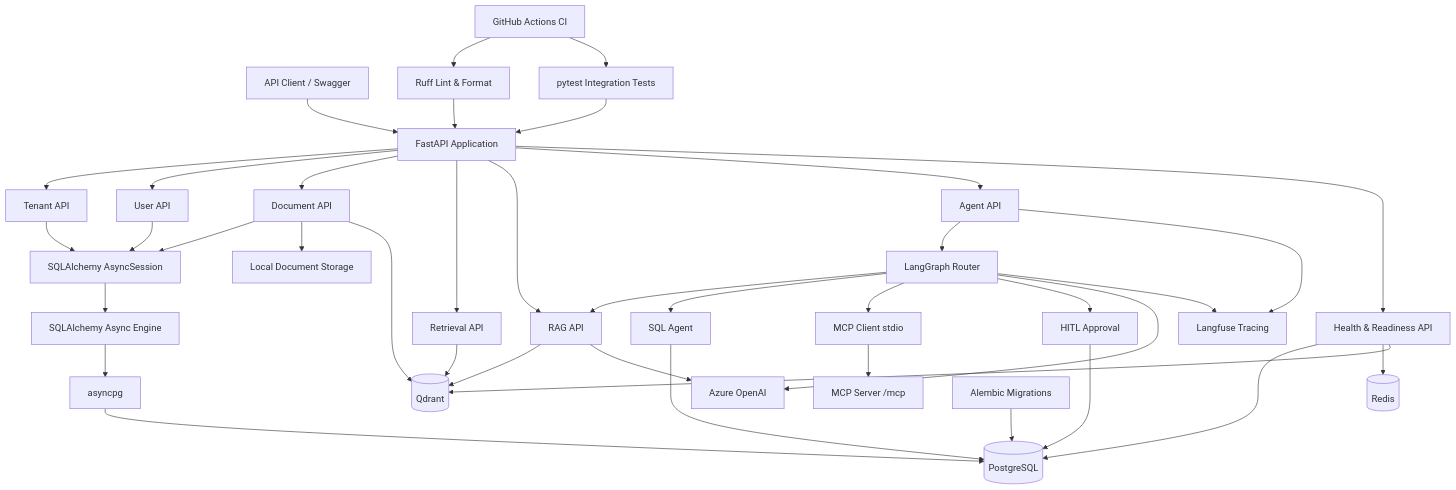
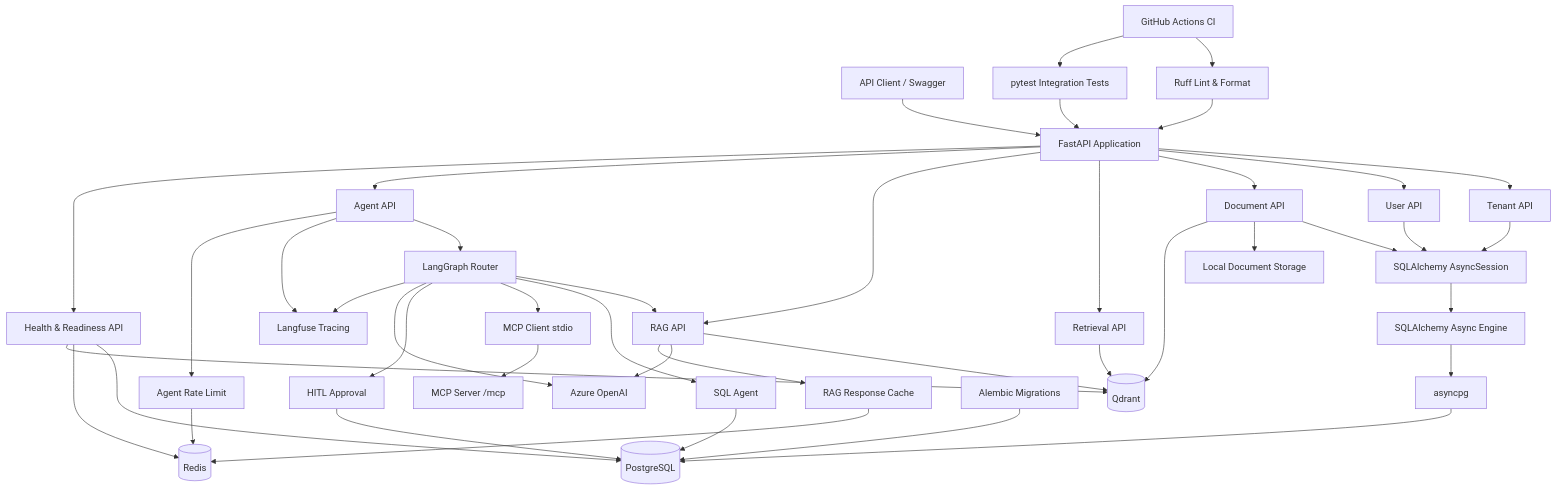
Before and after one commit to kkureli/enterprise-agentic-ai-platform: the diagram in README.md, drawn with Mermaid. The commit also changed other lines of this file and 30 other files, not shown here.

````diff
--- a/README.md
+++ b/README.md
@@ -63,52 +66,57 @@
 ```mermaid
 flowchart TD
     Client[API Client / Swagger]
 
     Client --> FastAPI[FastAPI Application]
 
     FastAPI --> TenantAPI[Tenant API]
     FastAPI --> UserAPI[User API]
     FastAPI --> DocumentAPI[Document API]
     FastAPI --> RetrievalAPI[Retrieval API]
     FastAPI --> RagAPI[RAG API]
     FastAPI --> AgentAPI[Agent API]
     FastAPI --> HealthAPI[Health & Readiness API]
 
     TenantAPI --> Session[SQLAlchemy AsyncSession]
     UserAPI --> Session
     DocumentAPI --> Session
 
     Session --> Engine[SQLAlchemy Async Engine]
     Engine --> AsyncPG[asyncpg]
     AsyncPG --> PostgreSQL[(PostgreSQL)]
 
     DocumentAPI --> Storage[Local Document Storage]
     DocumentAPI --> Qdrant[(Qdrant)]
     RetrievalAPI --> Qdrant
     RagAPI --> Qdrant
     RagAPI --> Azure[Azure OpenAI]
     AgentAPI --> LangGraph[LangGraph Router]
     LangGraph --> RagAPI
     LangGraph --> SQLAgent[SQL Agent]
     SQLAgent --> PostgreSQL
     LangGraph --> MCPClient[MCP Client stdio]
     MCPClient --> MCPServer[MCP Server /mcp]
     LangGraph --> HITL[HITL Approval]
     HITL --> PostgreSQL
     LangGraph --> Azure
     AgentAPI --> Langfuse[Langfuse Tracing]
     LangGraph --> Langfuse
 
     HealthAPI --> PostgreSQL
     HealthAPI --> Redis[(Redis)]
     HealthAPI --> Qdrant
 
+    RagAPI --> RagCache[RAG Response Cache]
+    RagCache --> Redis
+    AgentAPI --> RateLimit[Agent Rate Limit]
+    RateLimit --> Redis
+
     Alembic[Alembic Migrations] --> PostgreSQL
 
     Pytest[pytest Integration Tests] --> FastAPI
     Ruff[Ruff Lint & Format] --> FastAPI
 
     GitHub[GitHub Actions CI]
     GitHub --> Ruff
     GitHub --> Pytest
 ```
````
